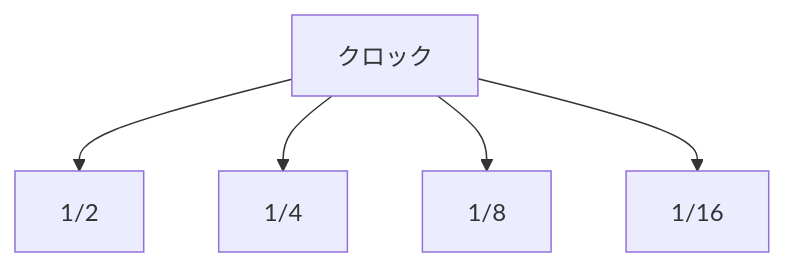
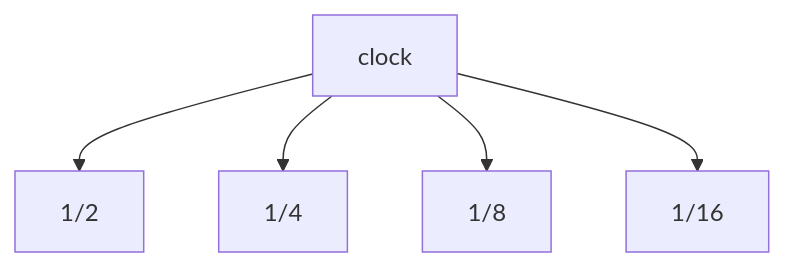
Before and after one commit to monumental-movement/monumental-movement.github.io: the second of 5 diagrams in en/_posts/2026-04-11-column-lunetta-cmos.md, drawn with Mermaid. The commit also changed other lines of this file and 851 other files, not shown here.

```diff
--- a/en/_posts/2026-04-11-column-lunetta-cmos.md
+++ b/en/_posts/2026-04-11-column-lunetta-cmos.md
@@ -94,7 +94,7 @@
 <div class="mermaid">
 flowchart TD
-CLK[クロック] --> C1[1/2]
+CLK[clock] --> C1[1/2]
 CLK --> C2[1/4]
 CLK --> C3[1/8]
 CLK --> C4[1/16]
 </div>
```
